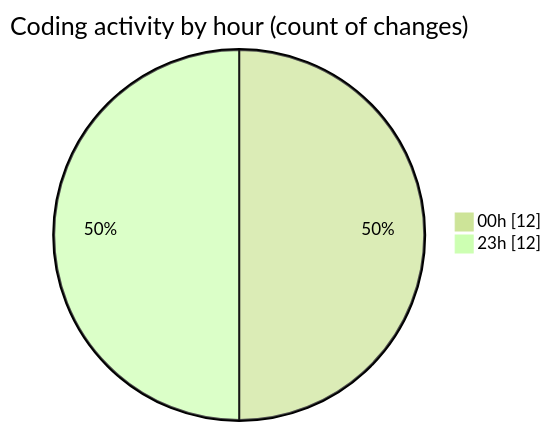
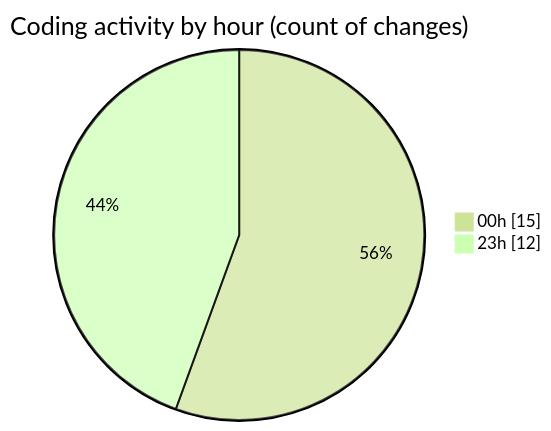
The second of 2 diagrams in 2025-10-31/eventscop-frontend-guide__workspace_/README.md (julien-gomy/code-tracking), drawn with Mermaid (forest theme) before and after one commit. The commit also changed other lines of this file and 1 other file, not shown here.

````diff
--- a/2025-10-31/eventscop-frontend-guide__workspace_/README.md
+++ b/2025-10-31/eventscop-frontend-guide__workspace_/README.md
@@ -35,6 +35,6 @@
 ```mermaid
 pie showData
 title Coding activity by hour (count of changes)
-"00h" : 12
+"00h" : 15
 "23h" : 12
 ```
````
